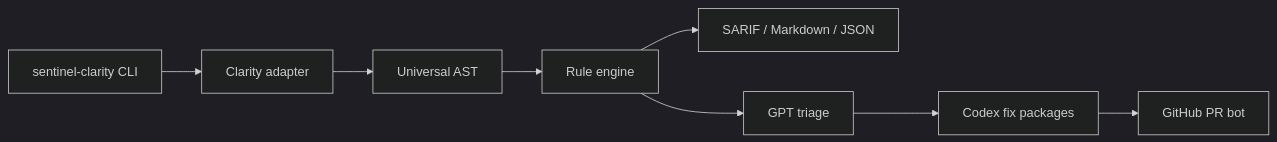
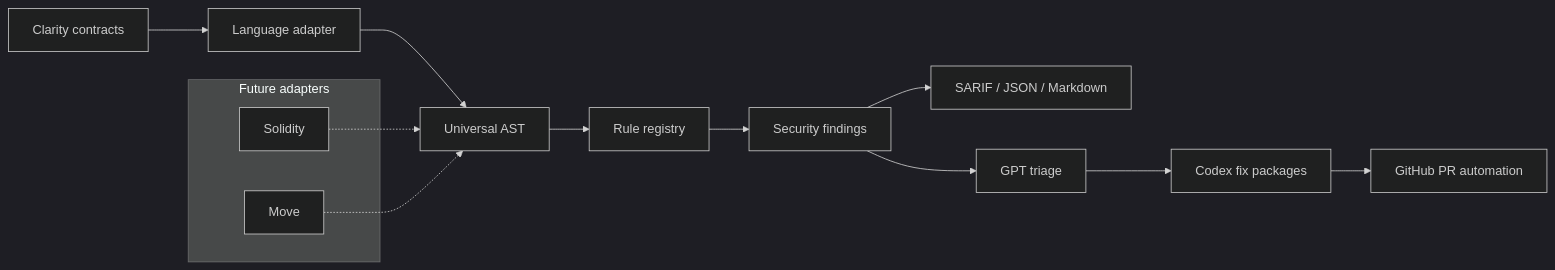
One commit to wolfieexd/SentinelClarity-AI changed the diagram in README.md. Above: the diagram before and after it, drawn with Mermaid (dark theme). The commit also changed other lines of this file, not shown here.

````diff
--- a/README.md
+++ b/README.md
@@ -27,10 +57,19 @@
 ```mermaid
 flowchart LR
-    CLI["sentinel-clarity CLI"] --> Parser["Clarity adapter"]
-    Parser --> AST["Universal AST"]
-    AST --> Rules["Rule engine"]
-    Rules --> SARIF["SARIF / Markdown / JSON"]
-    Rules --> AI["GPT triage"]
-    AI --> Fixes["Codex fix packages"]
-    Fixes --> PR["GitHub PR bot"]
+    Source["Clarity contracts"] --> Adapter["Language adapter"]
+    Adapter --> AST["Universal AST"]
+    AST --> Registry["Rule registry"]
+    Registry --> Findings["Security findings"]
+    Findings --> SARIF["SARIF / JSON / Markdown"]
+    Findings --> Triage["GPT triage"]
+    Triage --> Fixes["Codex fix packages"]
+    Fixes --> PR["GitHub PR automation"]
+
+    subgraph FutureAdapters["Future adapters"]
+        Solidity["Solidity"]
+        Move["Move"]
+    end
+
+    Solidity -.-> AST
+    Move -.-> AST
 ```
````
